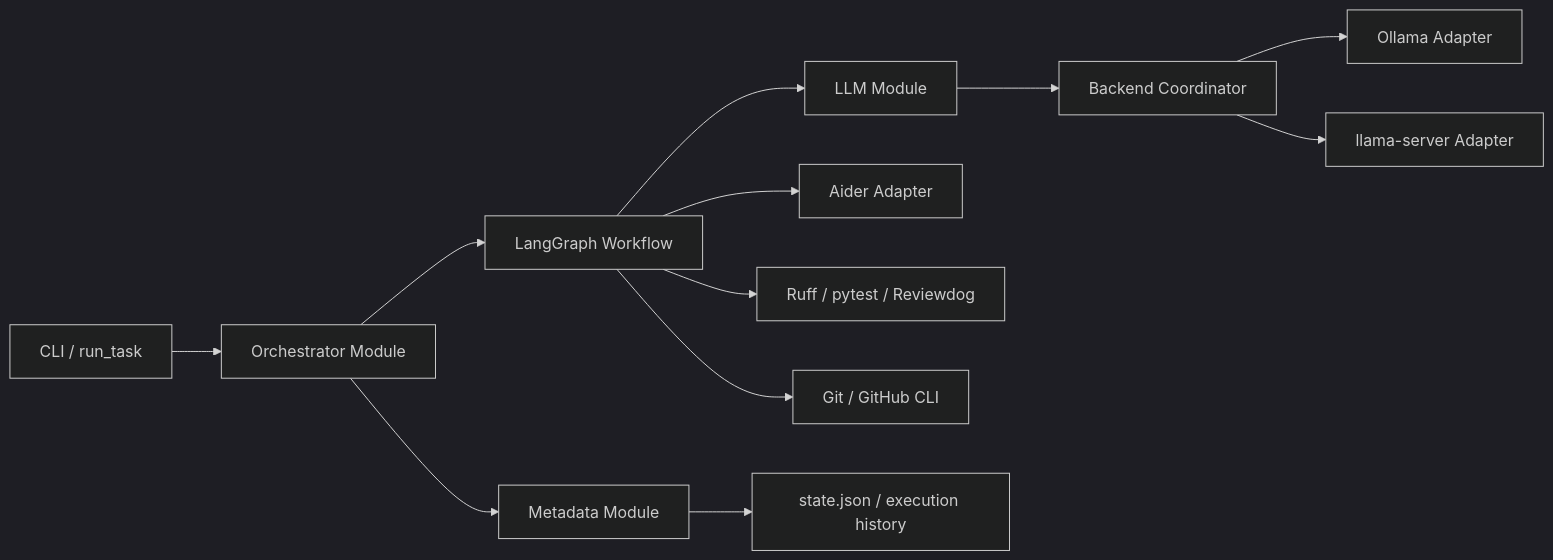
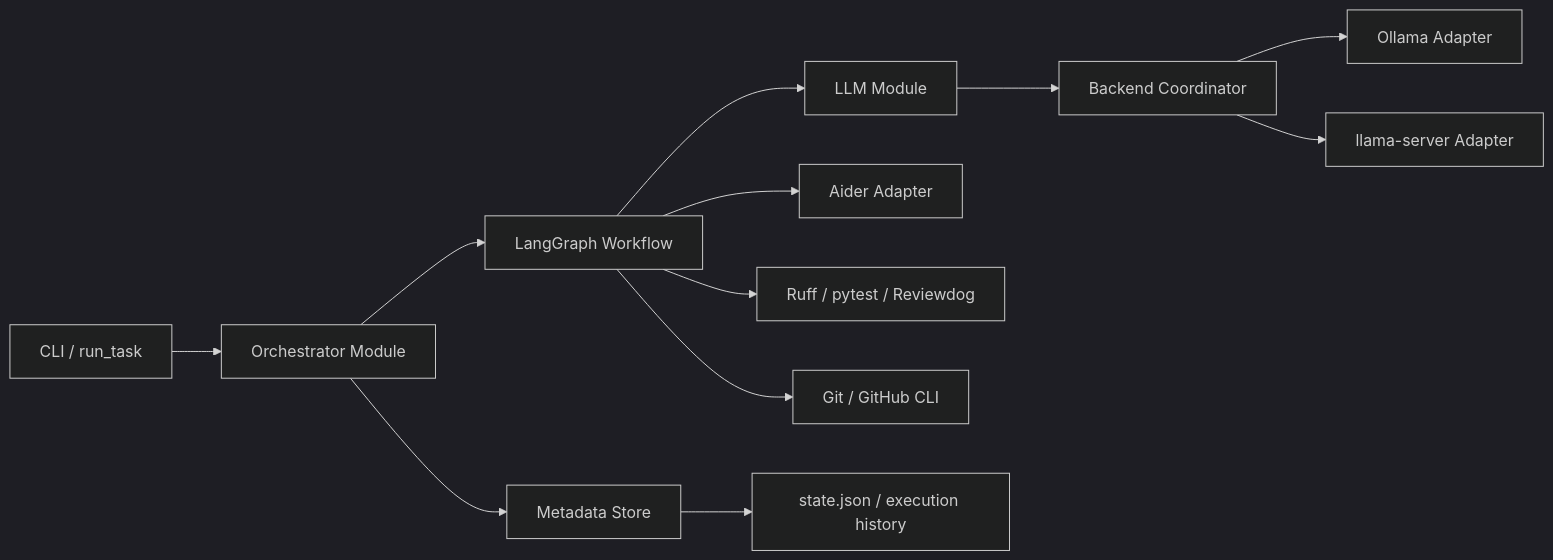
One commit to xzyozi/second-brain-graph changed the first of 3 diagrams in docs/design/02_詳細設計書_SBOS-DD-003.md. Above: the diagram before and after it, drawn with Mermaid (dark theme). The commit also changed other lines of this file, not shown here.

````diff
--- a/docs/design/02_詳細設計書_SBOS-DD-003.md
+++ b/docs/design/02_詳細設計書_SBOS-DD-003.md
@@ -31,14 +31,14 @@
 ```mermaid
 flowchart LR
     CLI[CLI / run_task] --> ORCH[Orchestrator Module]
-    ORCH --> META[Metadata Module]
+    ORCH --> META[Metadata Store]
     ORCH --> GRAPH[LangGraph Workflow]
     GRAPH --> LLM[LLM Module]
     LLM --> COORD[Backend Coordinator]
     COORD --> OLLAMA[Ollama Adapter]
     COORD --> LLAMA[llama-server Adapter]
     GRAPH --> AIDER[Aider Adapter]
     GRAPH --> QUALITY[Ruff / pytest / Reviewdog]
     GRAPH --> GIT[Git / GitHub CLI]
     META --> STATE[state.json / execution history]
 ```
````
